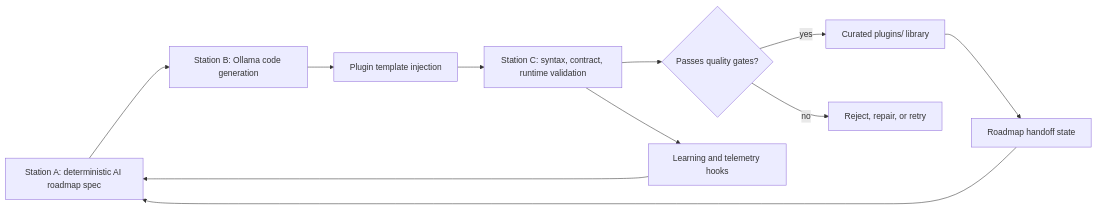
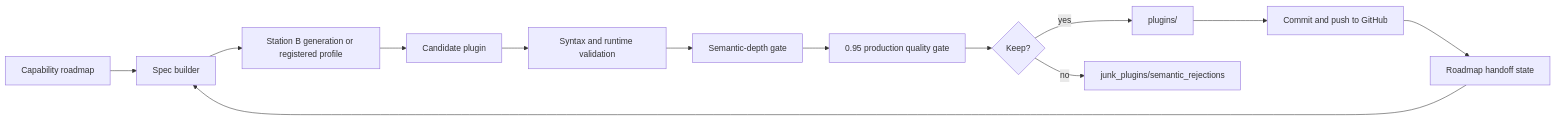
Before and after one commit to Ap3pp3rs94/Auto-Generated-Plugins: the diagram in README.md, drawn with Mermaid. The commit also changed other lines of this file, not shown here.

Commit message:
Update README production standard

````diff
--- a/README.md
+++ b/README.md
@@ -117,13 +69,15 @@
 ```mermaid
 flowchart LR
-    A[Station A: deterministic AI roadmap spec] --> B[Station B: Ollama code generation]
-    B --> C[Plugin template injection]
-    C --> D[Station C: syntax, contract, runtime validation]
-    D --> E{Passes quality gates?}
-    E -- yes --> F[Curated plugins/ library]
-    E -- no --> G[Reject, repair, or retry]
-    F --> H[Roadmap handoff state]
-    H --> A
-    D --> I[Learning and telemetry hooks]
-    I --> A
+    A[Capability roadmap] --> B[Spec builder]
+    B --> C[Station B generation or registered profile]
+    C --> D[Candidate plugin]
+    D --> E[Syntax and runtime validation]
+    E --> F[Semantic-depth gate]
+    F --> G[0.95 production quality gate]
+    G --> H{Keep?}
+    H -- yes --> I[plugins/]
+    H -- no --> J[junk_plugins/semantic_rejections]
+    I --> K[Commit and push to GitHub]
+    K --> L[Roadmap handoff state]
+    L --> B
 ```
````
